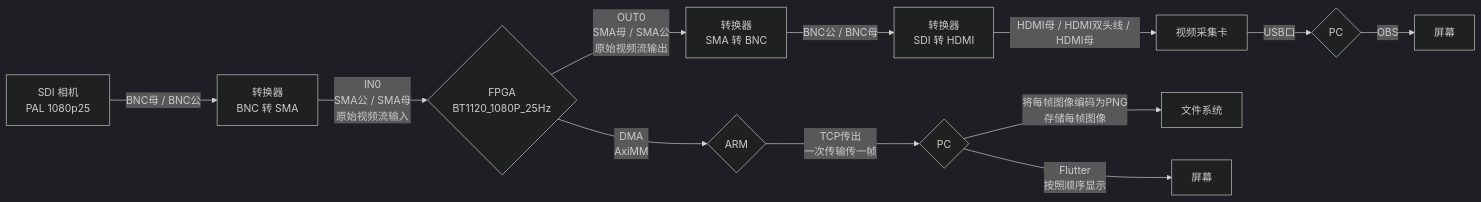
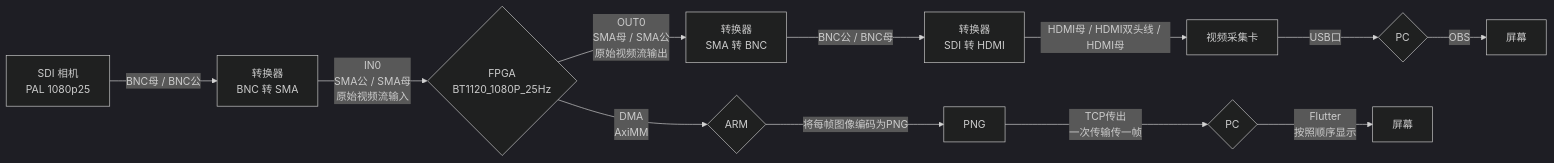
The diagram in docs/PROJECTS/video-through.md (NIPC-Project/Book), drawn with Mermaid (dark theme) before and after one commit. The commit also changed 3 other files, not shown here.

````diff
--- a/docs/PROJECTS/video-through.md
+++ b/docs/PROJECTS/video-through.md
@@ -46,8 +46,7 @@
 ```mermaid
 flowchart LR
     I00[SDI 相机\nPAL 1080p25] -- BNC母 / BNC公 --> I01[转换器\nBNC 转 SMA] -- IN0\nSMA公 / SMA母\n原始视频流输入 --> FPGA{FPGA\nBT1120_1080P_25Hz}
     FPGA -- OUT0\nSMA母 / SMA公\n原始视频流输出 --> O00[转换器\nSMA 转 BNC] -- BNC公 / BNC母 --> O01[转换器\nSDI 转 HDMI] -- HDMI母 / HDMI双头线 / HDMI母 --> O02[视频采集卡] -- USB口 --> O03{PC} -- OBS --> 屏幕
-    FPGA -- DMA\nAxiMM --> ARM{ARM} -- TCP传出\n一次传输传一帧 --> O10{PC}
-    O10 -- 将每帧图像编码为PNG\n存储每帧图像--> O11[文件系统]
+    FPGA -- DMA\nAxiMM --> ARM{ARM} -- 将每帧图像编码为PNG --> PNG --  TCP传出\n一次传输传一帧 --> O10{PC}
     O10 -- Flutter\n按照顺序显示 --> O12[屏幕]
 ```
````
